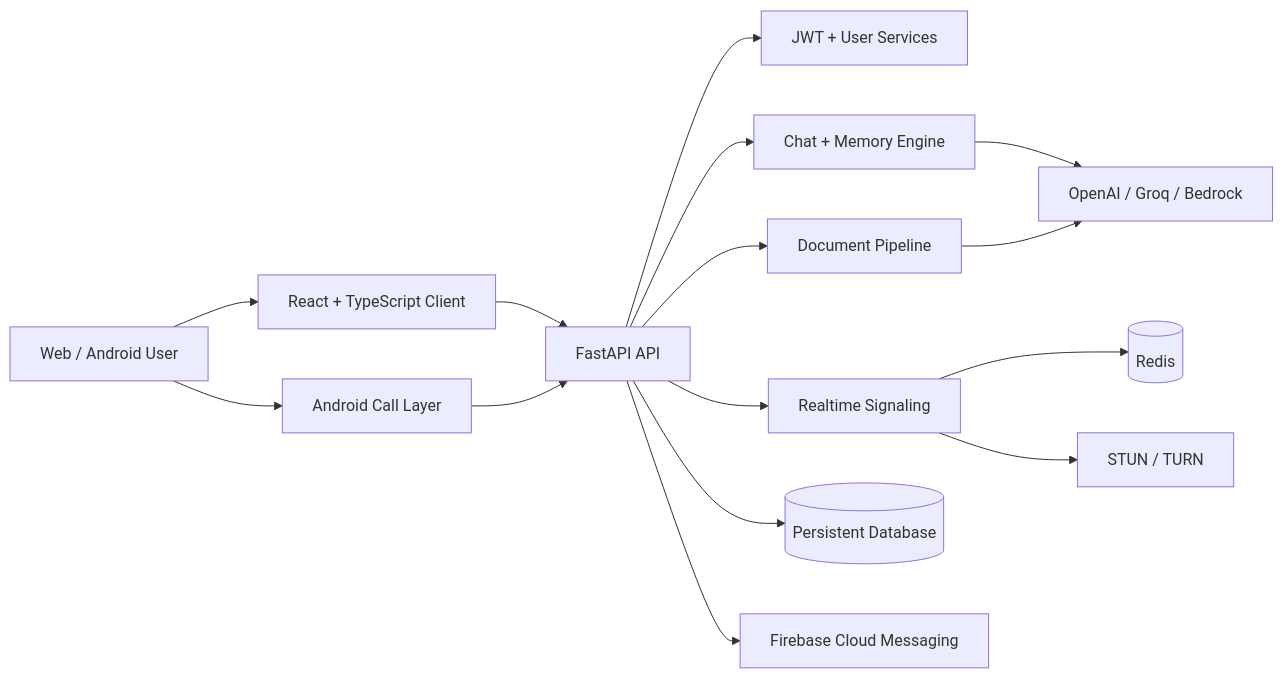
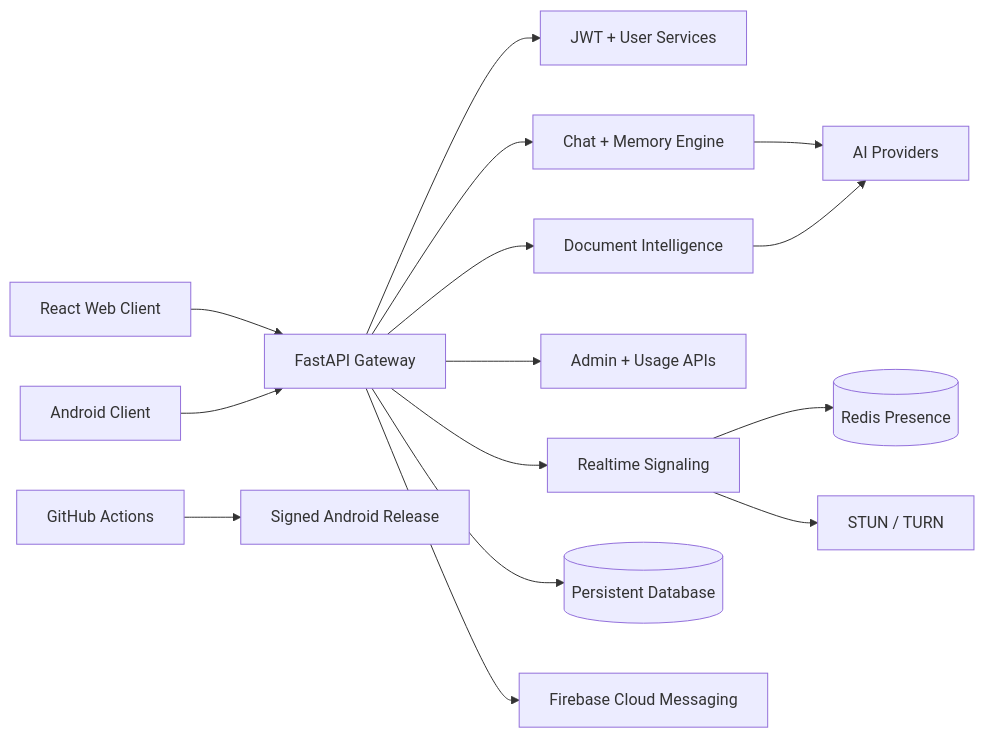
One commit to shyamraj2143/auto-ai changed the second of 3 diagrams in README.md. Above: the diagram before and after it, drawn with Mermaid. The commit also changed other lines of this file, not shown here.

````diff
--- a/README.md
+++ b/README.md
@@ -29,17 +127,17 @@
 ```mermaid
 flowchart LR
-    U[Web / Android User] --> F[React + TypeScript Client]
-    U --> A[Android Call Layer]
-    F --> API[FastAPI API]
-    A --> API
+    WEB[React Web Client] --> API[FastAPI Gateway]
+    ANDROID[Android Client] --> API
     API --> AUTH[JWT + User Services]
     API --> CHAT[Chat + Memory Engine]
-    API --> DOCS[Document Pipeline]
+    API --> DOCS[Document Intelligence]
+    API --> ADMIN[Admin + Usage APIs]
     API --> RTC[Realtime Signaling]
-    CHAT --> MODELS[OpenAI / Groq / Bedrock]
+    CHAT --> MODELS[AI Providers]
     DOCS --> MODELS
-    RTC --> REDIS[(Redis)]
+    API --> DB[(Persistent Database)]
+    RTC --> REDIS[(Redis Presence)]
     RTC --> TURN[STUN / TURN]
-    API --> DB[(Persistent Database)]
     API --> FCM[Firebase Cloud Messaging]
+    CI[GitHub Actions] --> APK[Signed Android Release]
 ```
````
